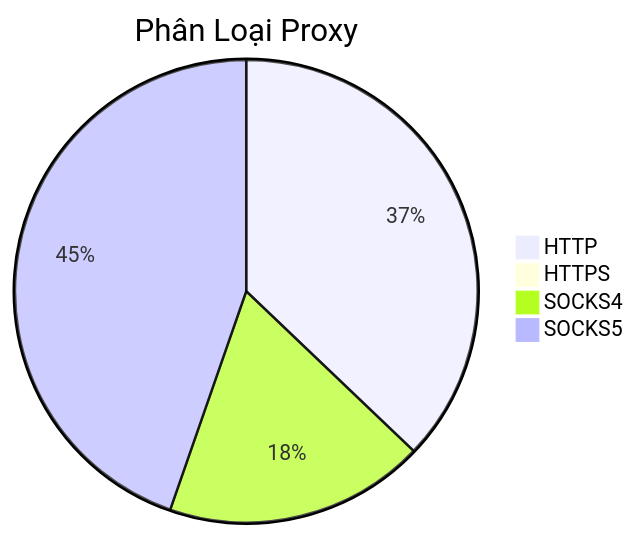
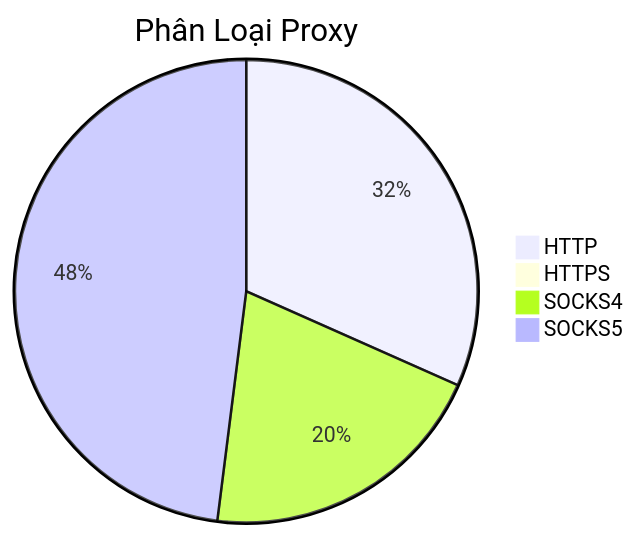
Before and after one commit to Ciara-Aa/PROXY-free: the diagram in README.md, drawn with Mermaid. The commit also changed other lines of this file and 4 other files, not shown here.

````diff
--- a/README.md
+++ b/README.md
@@ -26,7 +26,7 @@
 ```mermaid
 pie title Phân Loại Proxy
-    "HTTP" : 571
+    "HTTP" : 507
     "HTTPS" : 4
-    "SOCKS4" : 280
-    "SOCKS5" : 687
+    "SOCKS4" : 326
+    "SOCKS5" : 769
 ```
````
